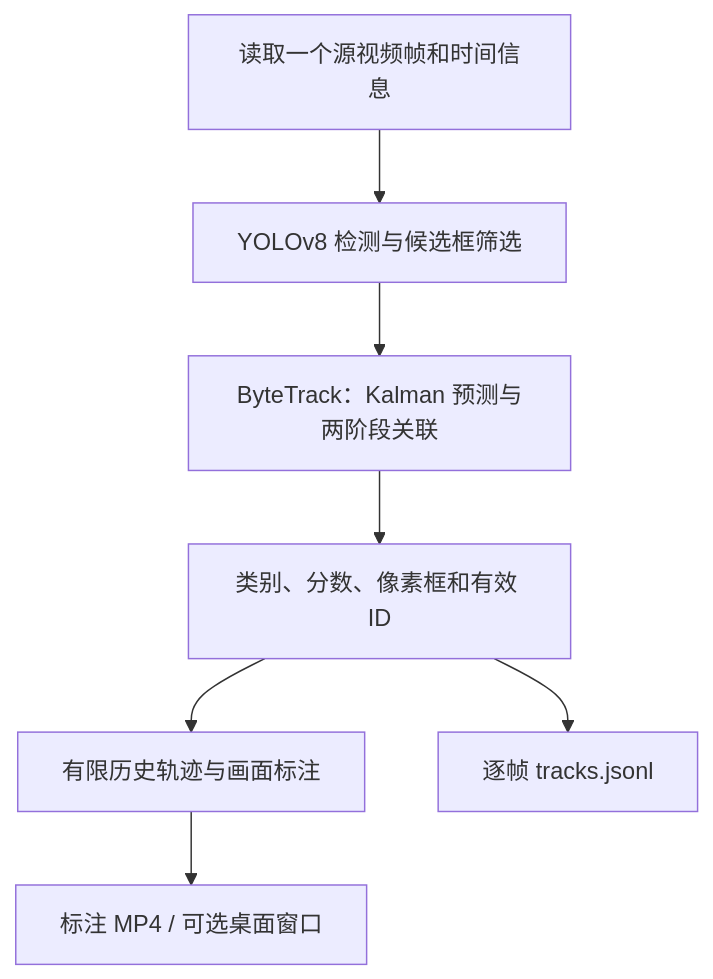
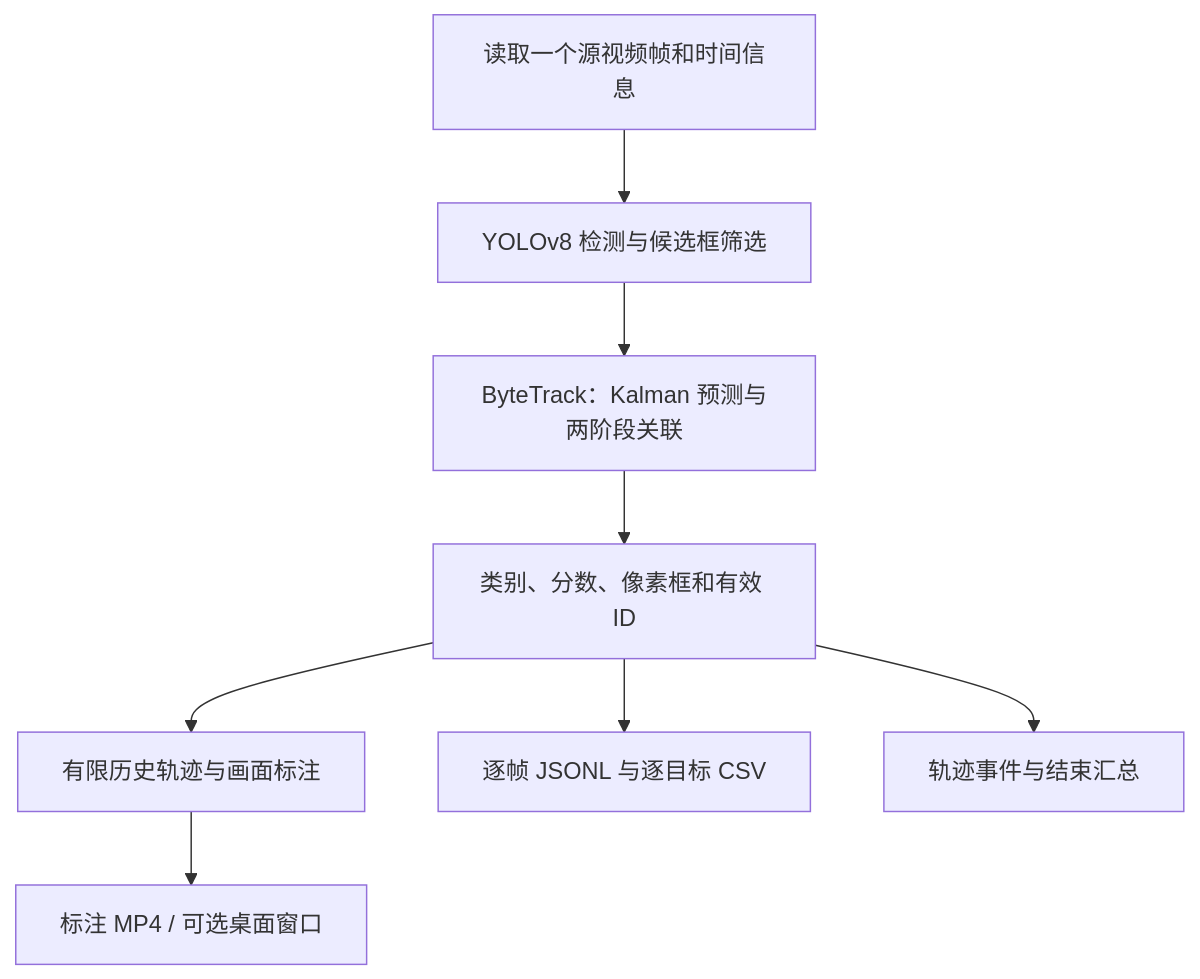
One commit to blckgum/jszx- changed the diagram in docs/modules/02_多目标跟踪_ByteTrack_解释文档.md. Above: the diagram before and after it, drawn with Mermaid. The commit also changed other lines of this file and 11 other files, not shown here.

````diff
--- a/docs/modules/02_多目标跟踪_ByteTrack_解释文档.md
+++ b/docs/modules/02_多目标跟踪_ByteTrack_解释文档.md
@@ -13,9 +13,10 @@
 ```mermaid
 flowchart TD
     A[读取一个源视频帧和时间信息] --> B[YOLOv8 检测与候选框筛选]
     B --> C[ByteTrack：Kalman 预测与两阶段关联]
     C --> D[类别、分数、像素框和有效 ID]
     D --> E[有限历史轨迹与画面标注]
-    D --> F[逐帧 tracks.jsonl]
+    D --> F[逐帧 JSONL 与逐目标 CSV]
+    D --> H[轨迹事件与结束汇总]
     E --> G[标注 MP4 / 可选桌面窗口]
 ```
````
